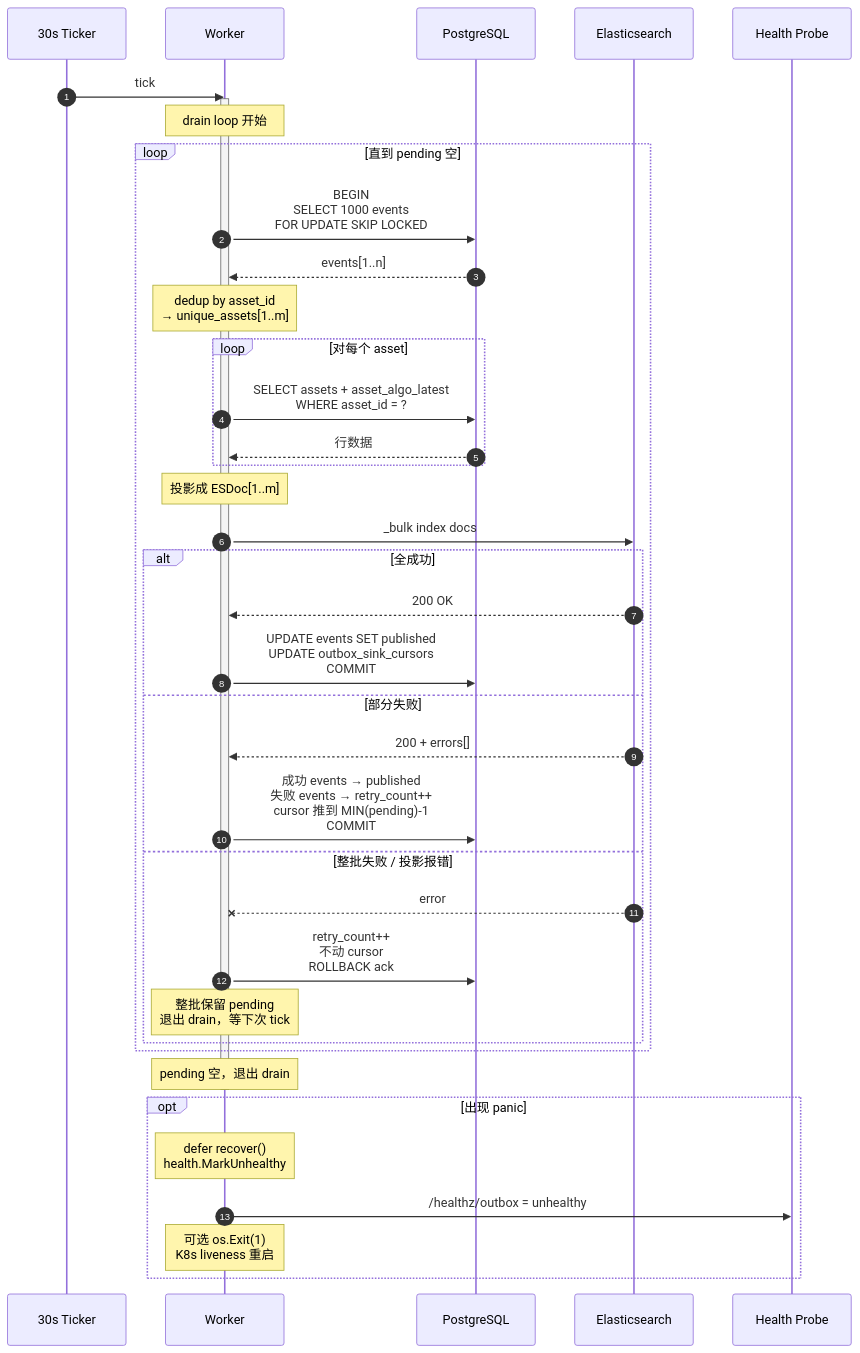
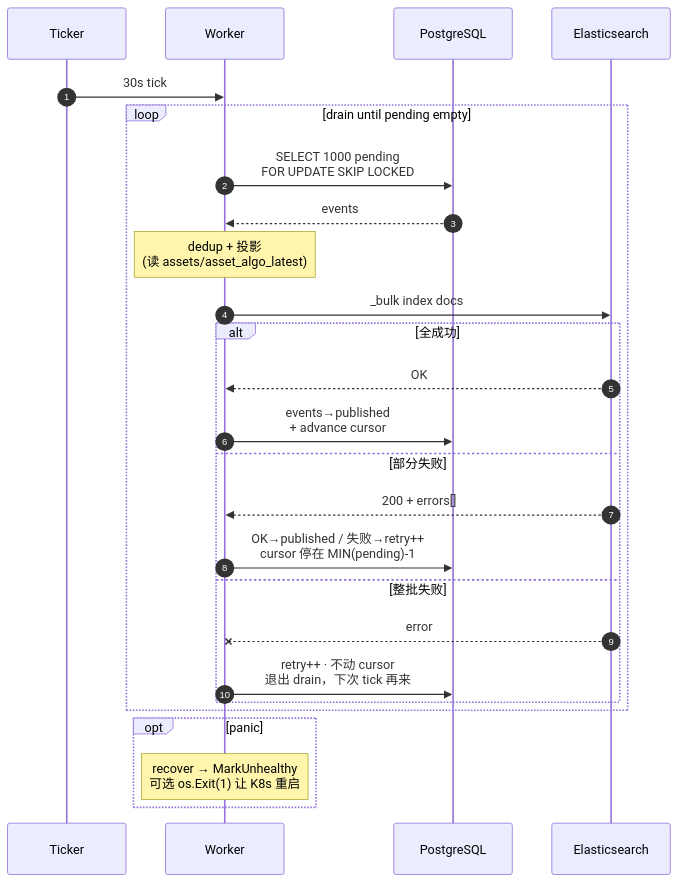
The second of 4 diagrams in docs/review/outbox-worker-design.md (rouse2617/Databricks4robot), drawn with Mermaid before and after one commit. The commit also changed other lines of this file, not shown here.

First line of the commit message:
docs(outbox): trim mermaid diagrams and drop code-path references

````diff
--- a/docs/review/outbox-worker-design.md
+++ b/docs/review/outbox-worker-design.md
@@ -114,47 +80,29 @@
 ```mermaid
 sequenceDiagram
     autonumber
-    participant T as 30s Ticker
+    participant T as Ticker
     participant W as Worker
     participant PG as PostgreSQL
     participant ES as Elasticsearch
-    participant H as Health Probe
 
-    T->>W: tick
-    activate W
-    Note over W: drain loop 开始
-
-    loop 直到 pending 空
-        W->>PG: BEGIN<br/>SELECT 1000 events<br/>FOR UPDATE SKIP LOCKED
-        PG-->>W: events[1..n]
-        Note over W: dedup by asset_id<br/>→ unique_assets[1..m]
-
-        loop 对每个 asset
-            W->>PG: SELECT assets + asset_algo_latest<br/>WHERE asset_id = ?
-            PG-->>W: 行数据
-        end
-        Note over W: 投影成 ESDoc[1..m]
-
+    T->>W: 30s tick
+    loop drain until pending empty
+        W->>PG: SELECT 1000 pending<br/>FOR UPDATE SKIP LOCKED
+        PG-->>W: events
+        Note over W: dedup + 投影<br/>(读 assets/asset_algo_latest)
         W->>ES: _bulk index docs
         alt 全成功
-            ES-->>W: 200 OK
-            W->>PG: UPDATE events SET published<br/>UPDATE outbox_sink_cursors<br/>COMMIT
+            ES-->>W: OK
+            W->>PG: events→published<br/>+ advance cursor
         else 部分失败
             ES-->>W: 200 + errors[]
-            W->>PG: 成功 events → published<br/>失败 events → retry_count++<br/>cursor 推到 MIN(pending)-1<br/>COMMIT
-        else 整批失败 / 投影报错
+            W->>PG: OK→published / 失败→retry++<br/>cursor 停在 MIN(pending)-1
+        else 整批失败
             ES--xW: error
-            W->>PG: retry_count++<br/>不动 cursor<br/>ROLLBACK ack
-            Note over W: 整批保留 pending<br/>退出 drain，等下次 tick
+            W->>PG: retry++ · 不动 cursor<br/>退出 drain，下次 tick 再来
         end
     end
-
-    Note over W: pending 空，退出 drain
-    deactivate W
-
-    opt 出现 panic
-        Note over W: defer recover()<br/>health.MarkUnhealthy
-        W->>H: /healthz/outbox = unhealthy
-        Note over W: 可选 os.Exit(1)<br/>K8s liveness 重启
+    opt panic
+        Note over W: recover → MarkUnhealthy<br/>可选 os.Exit(1) 让 K8s 重启
     end
 ```
````
